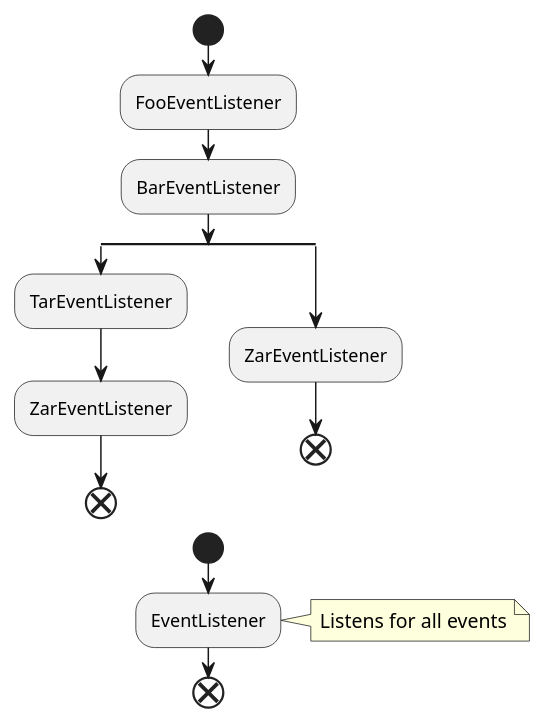
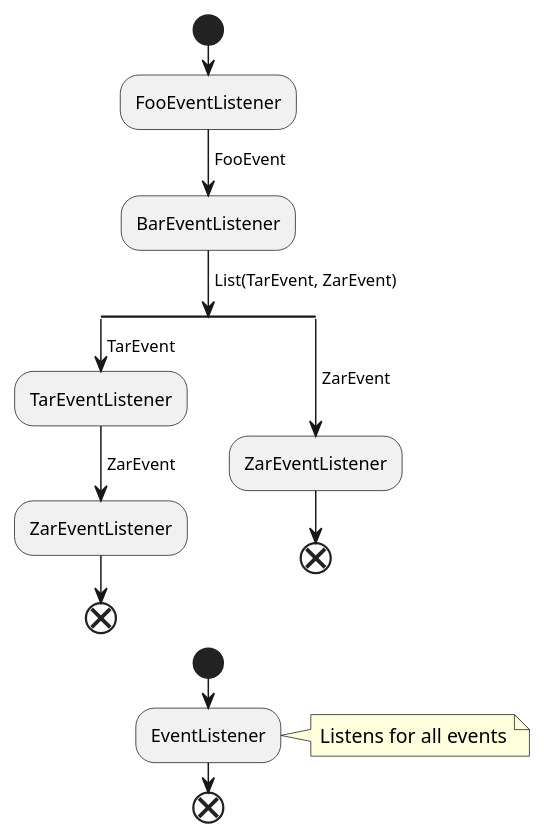
One commit to tomekbielaszewski/spring-event-demo changed the diagram in src/main/resources/event-flow.puml. Above: the diagram before and after it, drawn with PlantUML. The commit also changed 1 other file, not shown here.

Commit message:
graph updated with event names

```diff
--- a/src/main/resources/event-flow.puml
+++ b/src/main/resources/event-flow.puml
@@ -1,21 +1,26 @@
 @startuml
 
 start
 
 :FooEventListener;
+-> FooEvent;
 :BarEventListener;
+-> List(TarEvent, ZarEvent);
 split
+    -> TarEvent;
     :TarEventListener;
+    -> ZarEvent;
     :ZarEventListener;
     end
 split again
+    -> ZarEvent;
     :ZarEventListener;
     end
 end split
 
 start
    :EventListener;
    note right: Listens for all events
 end
 
 @enduml
```
